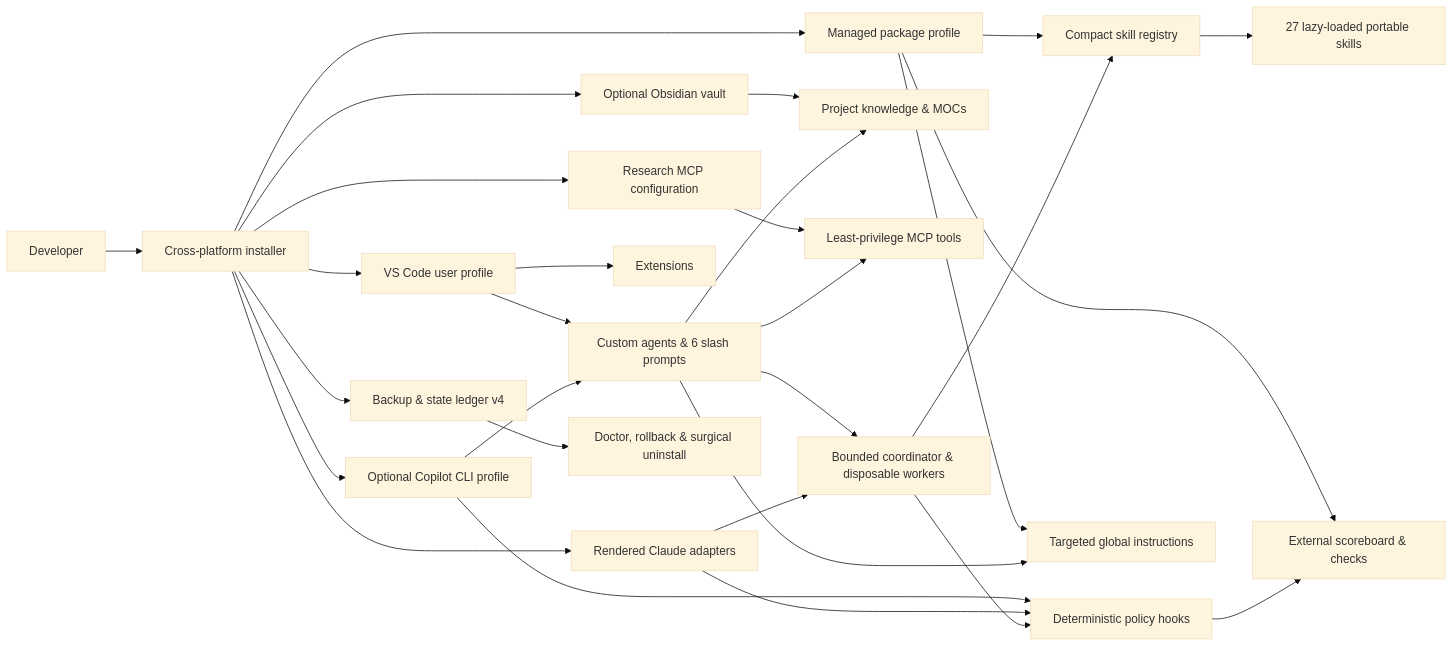
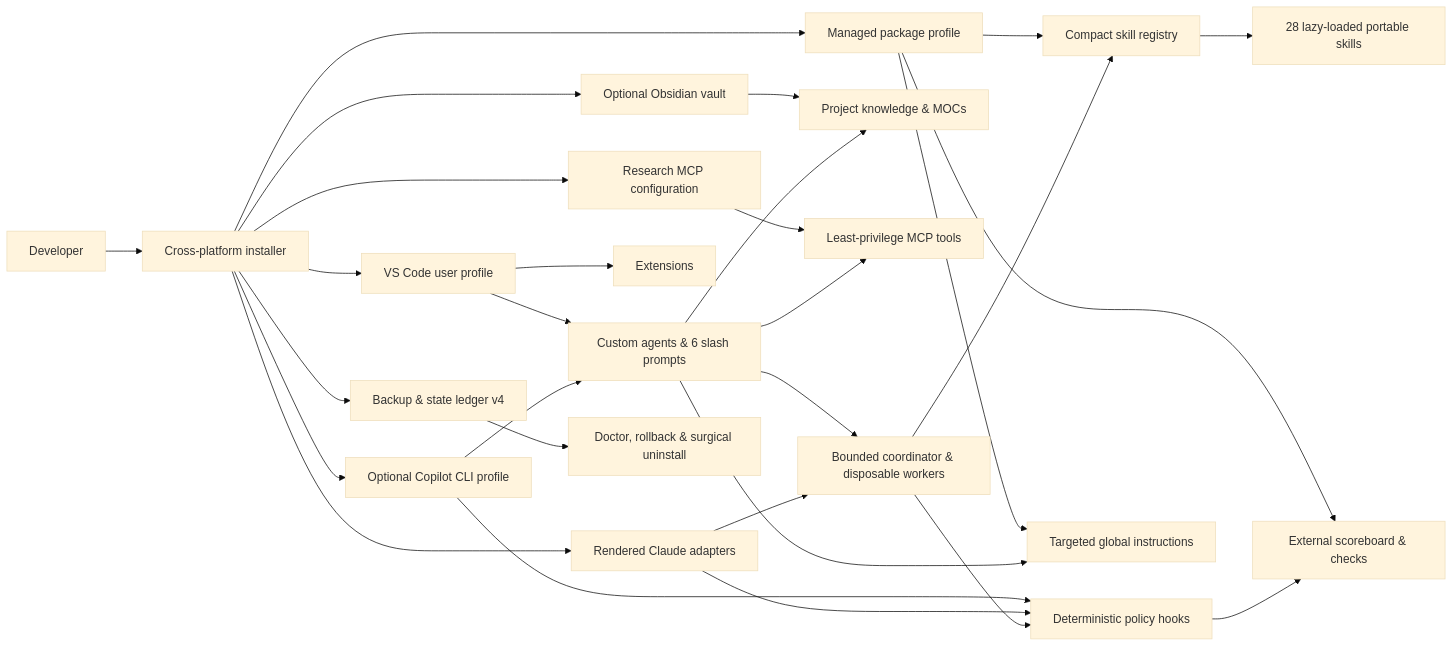
Before and after one commit to 4R9UN/Assured-Arc: the first of 4 diagrams in README.md, drawn with Mermaid (base theme). The commit also changed other lines of this file and 20 other files, not shown here.

First line of the commit message:
Remove outdated installation flow assets and update rendering scripts

````diff
--- a/README.md
+++ b/README.md
@@ -99,34 +105,34 @@
 ```mermaid
 flowchart LR
     U[Developer] --> I[Cross-platform installer]
     I --> B[Backup & state ledger v4]
     I --> VS[VS Code user profile]
     I --> CLI[Optional Copilot CLI profile]
     I --> CL[Rendered Claude adapters]
     I --> CP[Managed package profile]
     I --> V[Optional Obsidian vault]
     I --> M[Research MCP configuration]
 
     VS --> E[Extensions]
     VS --> A[Custom agents & 6 slash prompts]
     CLI --> A
     CLI --> HK[Deterministic policy hooks]
     CL --> HK
     CP --> SC[External scoreboard & checks]
     CP --> SR[Compact skill registry]
-    SR --> S[27 lazy-loaded portable skills]
+    SR --> S[28 lazy-loaded portable skills]
     CP --> IN[Targeted global instructions]
     V --> K[Project knowledge & MOCs]
     M --> T[Least-privilege MCP tools]
 
     A --> H[Bounded coordinator & disposable workers]
     CL --> H
     H --> SR
     H --> HK
     HK --> SC
     A --> IN
     A --> K
     A --> T
 
     B --> R[Doctor, rollback & surgical uninstall]
 ```
````
